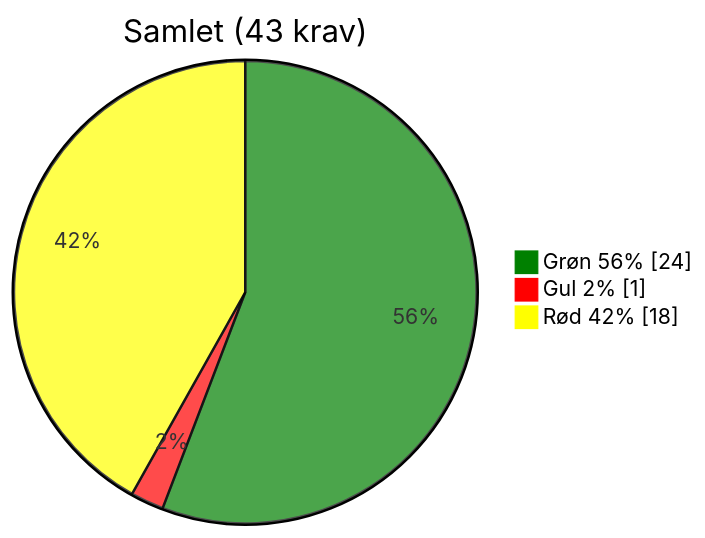
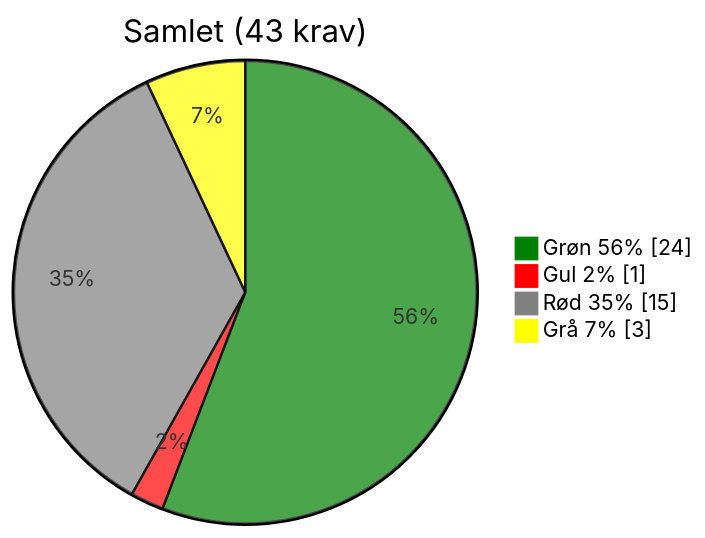
The fifth of 5 diagrams in docs/audits/os2-test_assessment.md (OS2offdig/os2-product-reviews), drawn with Mermaid before and after one commit. The commit also changed other lines of this file, not shown here.

````diff
--- a/docs/audits/os2-test_assessment.md
+++ b/docs/audits/os2-test_assessment.md
@@ -148,10 +152,11 @@
 ```mermaid
 %%{init: {"themeVariables": {
- "pie1": "#008000", "pie2": "#FF0000", "pie3": "#FFFF00"
+ "pie1": "#008000", "pie2": "#FF0000", "pie3": "#808080", "pie4": "#FFFF00"
 }}}%%
 pie showData
  title Samlet (43 krav)
  "Grøn 56%" : 24
  "Gul 2%" : 1
- "Rød 42%" : 18
+ "Rød 35%" : 15
+ "Grå 7%" : 3
 ```
````
